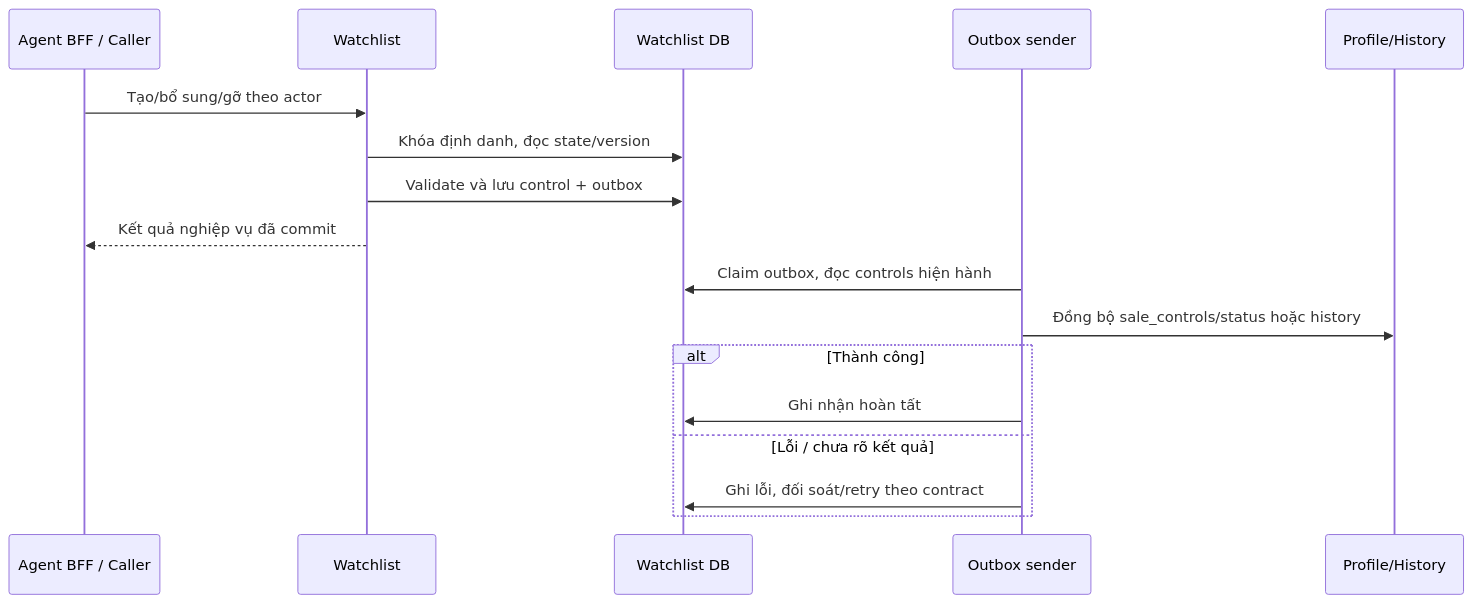
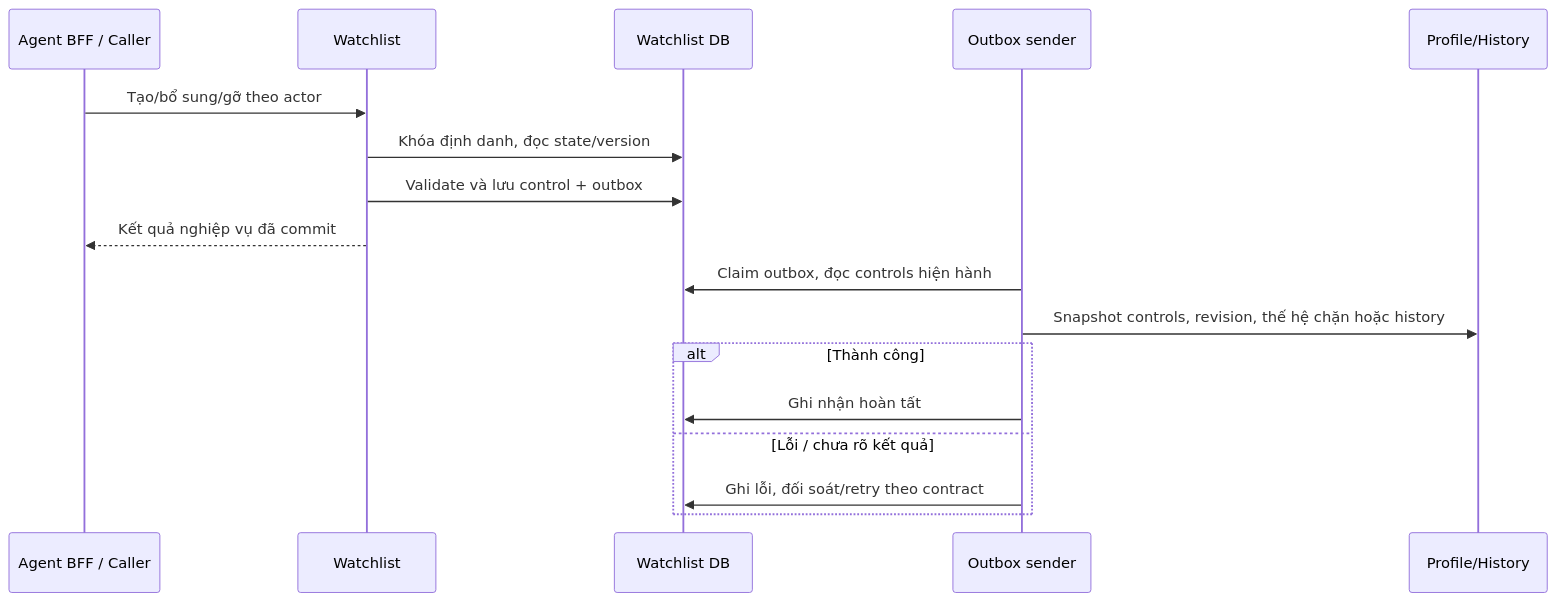
Before and after one commit to huynv-xyz/vhm-tdd: the diagram in cobroker/diagrams/cobroker-08.mmd, drawn with Mermaid. The commit also changed 11 other files, not shown here.

Commit message:
docs: close Cobroker architecture gaps in TTD v0.8

```diff
--- a/cobroker/diagrams/cobroker-08.mmd
+++ b/cobroker/diagrams/cobroker-08.mmd
@@ -1,17 +1,17 @@
 sequenceDiagram
     participant B as Agent BFF / Caller
     participant W as Watchlist
     participant D as Watchlist DB
     participant O as Outbox sender
     participant P as Profile/History
     B->>W: Tạo/bổ sung/gỡ theo actor
     W->>D: Khóa định danh, đọc state/version
     W->>D: Validate và lưu control + outbox
     W-->>B: Kết quả nghiệp vụ đã commit
     O->>D: Claim outbox, đọc controls hiện hành
-    O->>P: Đồng bộ sale_controls/status hoặc history
+    O->>P: Snapshot controls, revision, thế hệ chặn hoặc history
     alt Thành công
         O->>D: Ghi nhận hoàn tất
     else Lỗi / chưa rõ kết quả
         O->>D: Ghi lỗi, đối soát/retry theo contract
     end
```
